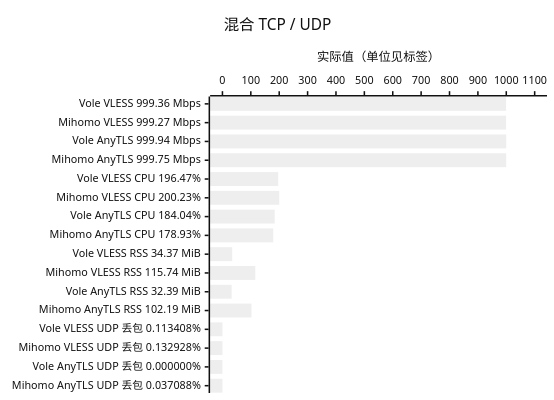
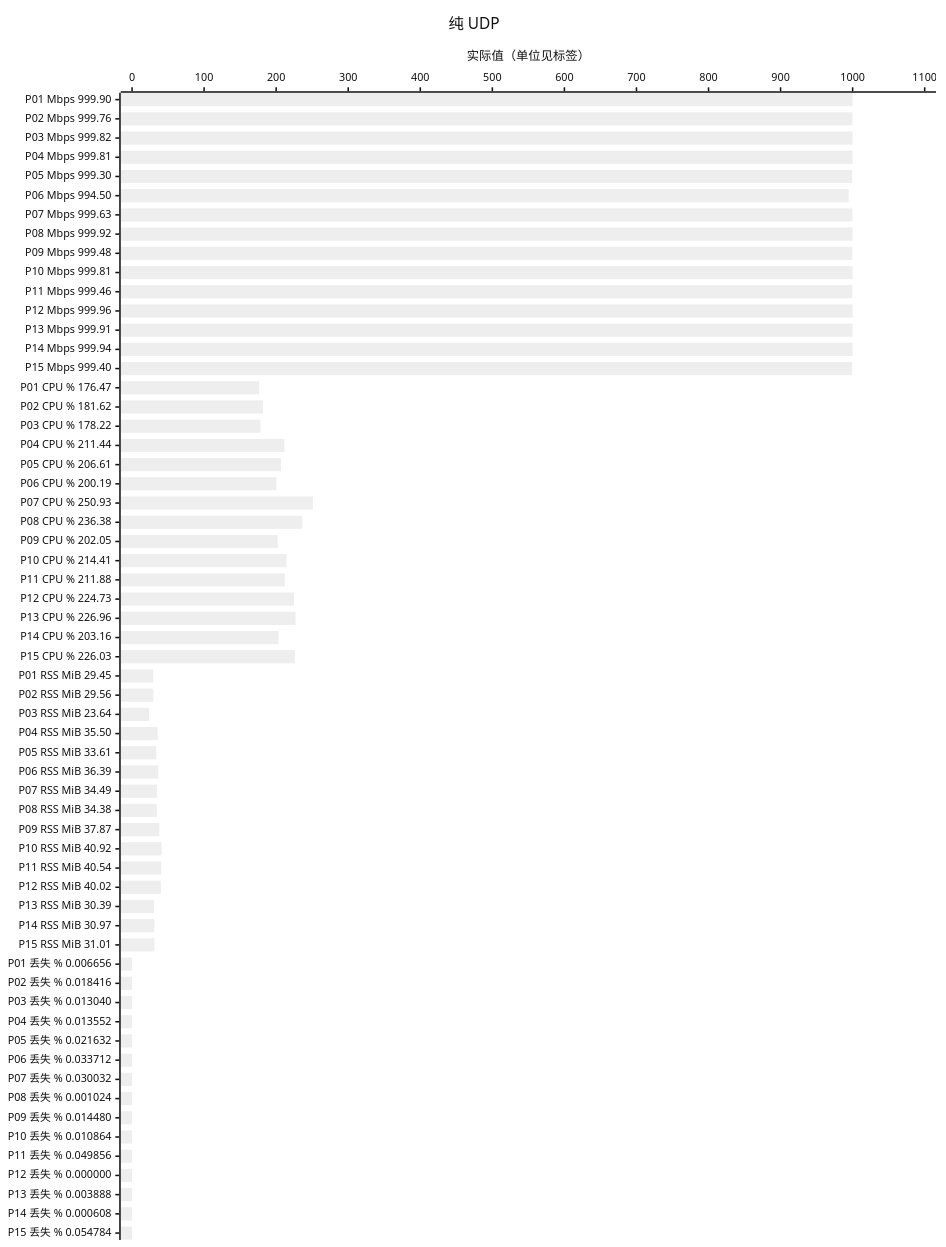
Before and after one commit to YuanDevTeam/Vole: the second of 3 diagrams in docs/benchmark.md, drawn with Mermaid (neutral theme). The commit also changed other lines of this file, not shown here.

````diff
--- a/docs/benchmark.md
+++ b/docs/benchmark.md
@@ -25,7 +43,13 @@
 ```mermaid
+---
+config:
+  xyChart:
+    height: 1600
+    width: 1200
+---
 xychart-beta horizontal
-    title "混合 TCP / UDP"
-    x-axis ["Vole VLESS 999.36 Mbps", "Mihomo VLESS 999.27 Mbps", "Vole AnyTLS 999.94 Mbps", "Mihomo AnyTLS 999.75 Mbps", "Vole VLESS CPU 196.47%", "Mihomo VLESS CPU 200.23%", "Vole AnyTLS CPU 184.04%", "Mihomo AnyTLS CPU 178.93%", "Vole VLESS RSS 34.37 MiB", "Mihomo VLESS RSS 115.74 MiB", "Vole AnyTLS RSS 32.39 MiB", "Mihomo AnyTLS RSS 102.19 MiB", "Vole VLESS UDP 丢包 0.113408%", "Mihomo VLESS UDP 丢包 0.132928%", "Vole AnyTLS UDP 丢包 0.000000%", "Mihomo AnyTLS UDP 丢包 0.037088%"]
+    title "纯 UDP"
+    x-axis ["P01 Mbps 999.90", "P02 Mbps 999.76", "P03 Mbps 999.82", "P04 Mbps 999.81", "P05 Mbps 999.30", "P06 Mbps 994.50", "P07 Mbps 999.63", "P08 Mbps 999.92", "P09 Mbps 999.48", "P10 Mbps 999.81", "P11 Mbps 999.46", "P12 Mbps 999.96", "P13 Mbps 999.91", "P14 Mbps 999.94", "P15 Mbps 999.40", "P01 CPU % 176.47", "P02 CPU % 181.62", "P03 CPU % 178.22", "P04 CPU % 211.44", "P05 CPU % 206.61", "P06 CPU % 200.19", "P07 CPU % 250.93", "P08 CPU % 236.38", "P09 CPU % 202.05", "P10 CPU % 214.41", "P11 CPU % 211.88", "P12 CPU % 224.73", "P13 CPU % 226.96", "P14 CPU % 203.16", "P15 CPU % 226.03", "P01 RSS MiB 29.45", "P02 RSS MiB 29.56", "P03 RSS MiB 23.64", "P04 RSS MiB 35.50", "P05 RSS MiB 33.61", "P06 RSS MiB 36.39", "P07 RSS MiB 34.49", "P08 RSS MiB 34.38", "P09 RSS MiB 37.87", "P10 RSS MiB 40.92", "P11 RSS MiB 40.54", "P12 RSS MiB 40.02", "P13 RSS MiB 30.39", "P14 RSS MiB 30.97", "P15 RSS MiB 31.01", "P01 丢失 % 0.006656", "P02 丢失 % 0.018416", "P03 丢失 % 0.013040", "P04 丢失 % 0.013552", "P05 丢失 % 0.021632", "P06 丢失 % 0.033712", "P07 丢失 % 0.030032", "P08 丢失 % 0.001024", "P09 丢失 % 0.014480", "P10 丢失 % 0.010864", "P11 丢失 % 0.049856", "P12 丢失 % 0.000000", "P13 丢失 % 0.003888", "P14 丢失 % 0.000608", "P15 丢失 % 0.054784"]
     y-axis "实际值（单位见标签）" 0 --> 1100
-    bar [999.36, 999.27, 999.94, 999.75, 196.47, 200.23, 184.04, 178.93, 34.37, 115.74, 32.39, 102.19, 0.113408, 0.132928, 0.0, 0.037088]
+    bar [999.9, 999.76, 999.82, 999.81, 999.3, 994.5, 999.63, 999.92, 999.48, 999.81, 999.46, 999.96, 999.91, 999.94, 999.4, 176.47, 181.62, 178.22, 211.44, 206.61, 200.19, 250.93, 236.38, 202.05, 214.41, 211.88, 224.73, 226.96, 203.16, 226.03, 29.45, 29.56, 23.64, 35.5, 33.61, 36.39, 34.49, 34.38, 37.87, 40.92, 40.54, 40.02, 30.39, 30.97, 31.01, 0.006656, 0.018416, 0.01304, 0.013552, 0.021632, 0.033712, 0.030032, 0.001024, 0.01448, 0.010864, 0.049856, 0.0, 0.003888, 0.000608, 0.054784]
 ```
````
